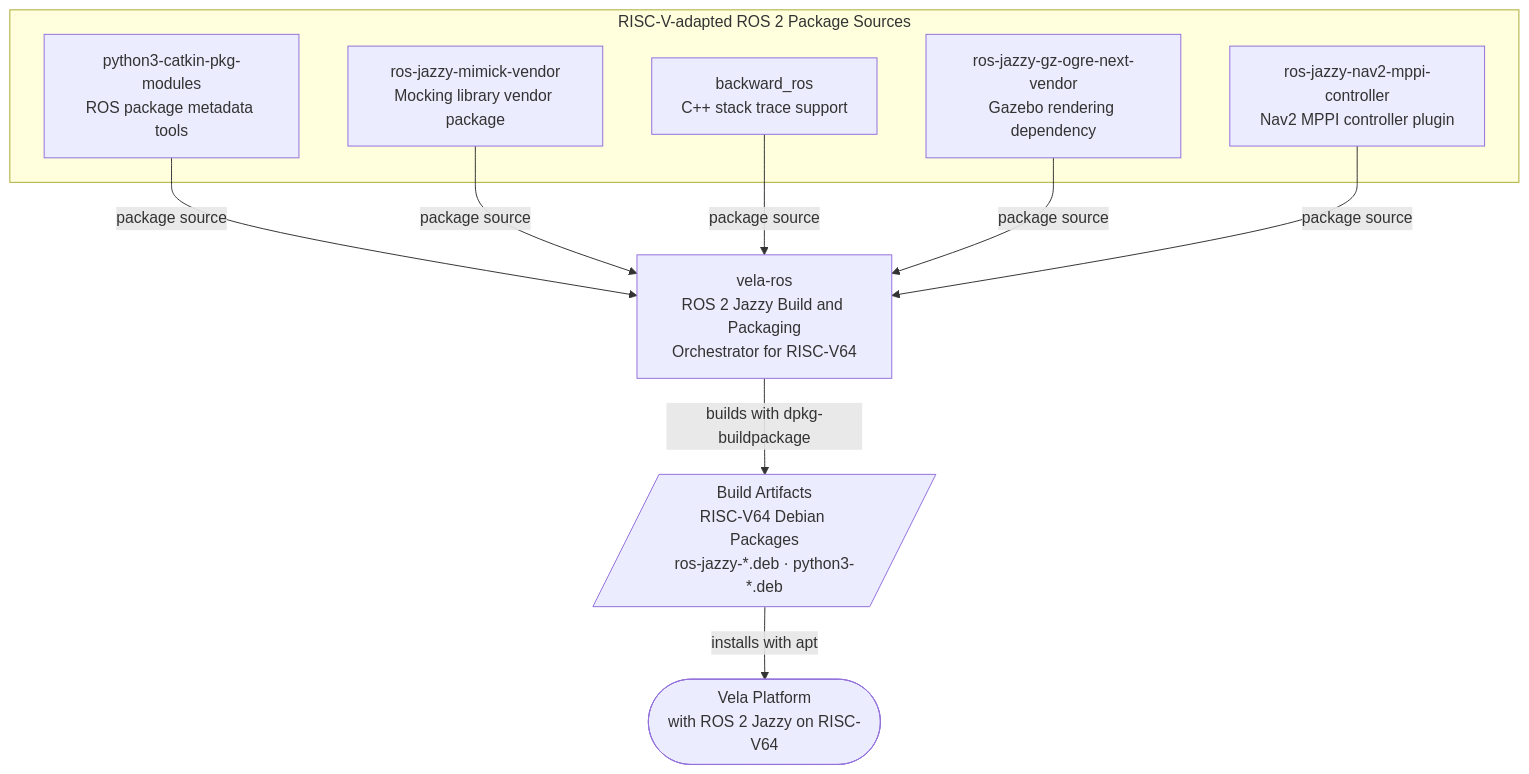
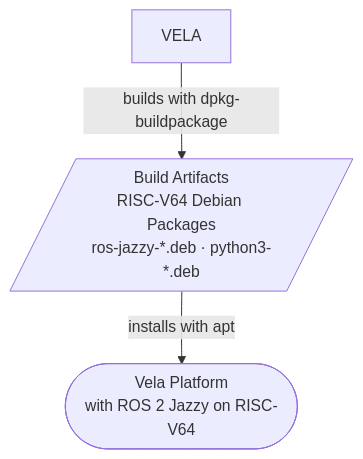
One commit to junho-falinux/vela-ros changed the diagram in README.md. Above: the diagram before and after it, drawn with Mermaid. The commit also changed other lines of this file, not shown here.

````diff
--- a/README.md
+++ b/README.md
@@ -15,31 +14,10 @@
 ```mermaid
 flowchart TB
-    subgraph SOURCES["RISC-V-adapted ROS 2 Package Sources"]
-        CATKIN["python3-catkin-pkg-modules<br/>ROS package metadata tools"]
-        click CATKIN href "https://github.com/riscv-vela/python3-catkin-pkg-modules" "ROS package metadata tools repository"
-        MIMICK["ros-jazzy-mimick-vendor<br/>Mocking library vendor package"]
-        click MIMICK href "https://github.com/riscv-vela/ros-jazzy-mimick-vendor" "Mocking library vendor package repository"
-        BACKWARD["backward_ros<br/>C++ stack trace support"]
-        click BACKWARD href "https://github.com/riscv-vela/backward_ros" "C++ stack trace support repository"
-        OGRE["ros-jazzy-gz-ogre-next-vendor<br/>Gazebo rendering dependency"]
-        click OGRE href "https://github.com/riscv-vela/ros-jazzy-gz-ogre-next-vendor" "Gazebo rendering dependency repository"
-        MPPI["ros-jazzy-nav2-mppi-controller<br/>Nav2 MPPI controller plugin"]
-        click MPPI href "https://github.com/riscv-vela/ros-jazzy-nav2-mppi-controller" "MPPI controller plugin repository"
-    end
-
-    VELA["vela-ros<br/>ROS 2 Jazzy Build and Packaging<br/>Orchestrator for RISC-V64"]
-
     DEBS[/"Build Artifacts<br/>RISC-V64 Debian Packages<br/>ros-jazzy-*.deb · python3-*.deb"/]
 
     ENV(["Vela Platform<br/>with ROS 2 Jazzy on RISC-V64"])
     click ENV href "https://github.com/riscv-vela/vela" "Vela repository"
 
-    CATKIN -->|"package source"| VELA
-    MIMICK -->|"package source"| VELA
-    BACKWARD -->|"package source"| VELA
-    OGRE -->|"package source"| VELA
-    MPPI -->|"package source"| VELA
-
     VELA -->|"builds with dpkg-buildpackage"| DEBS
     DEBS -->|"installs with apt"| ENV
 ```
````
